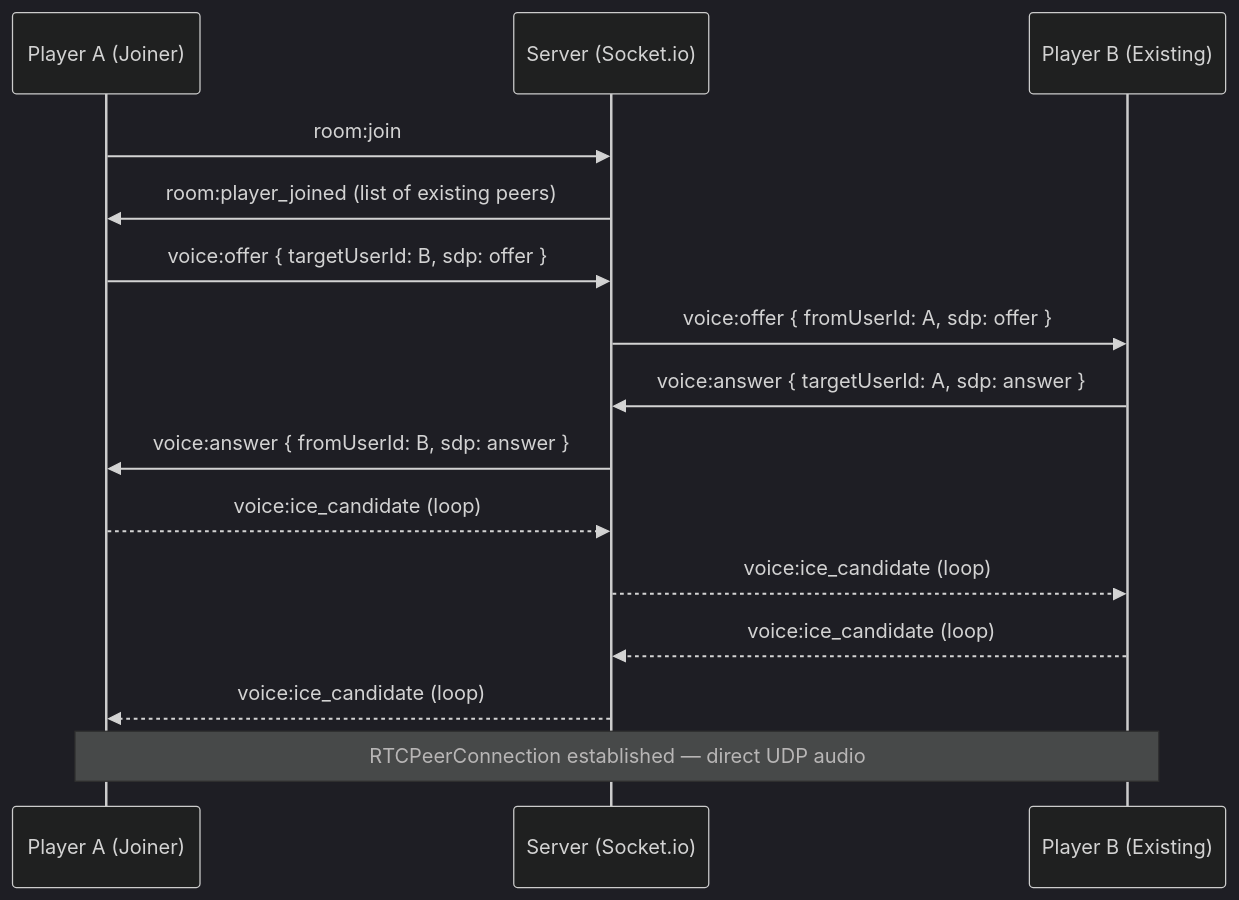
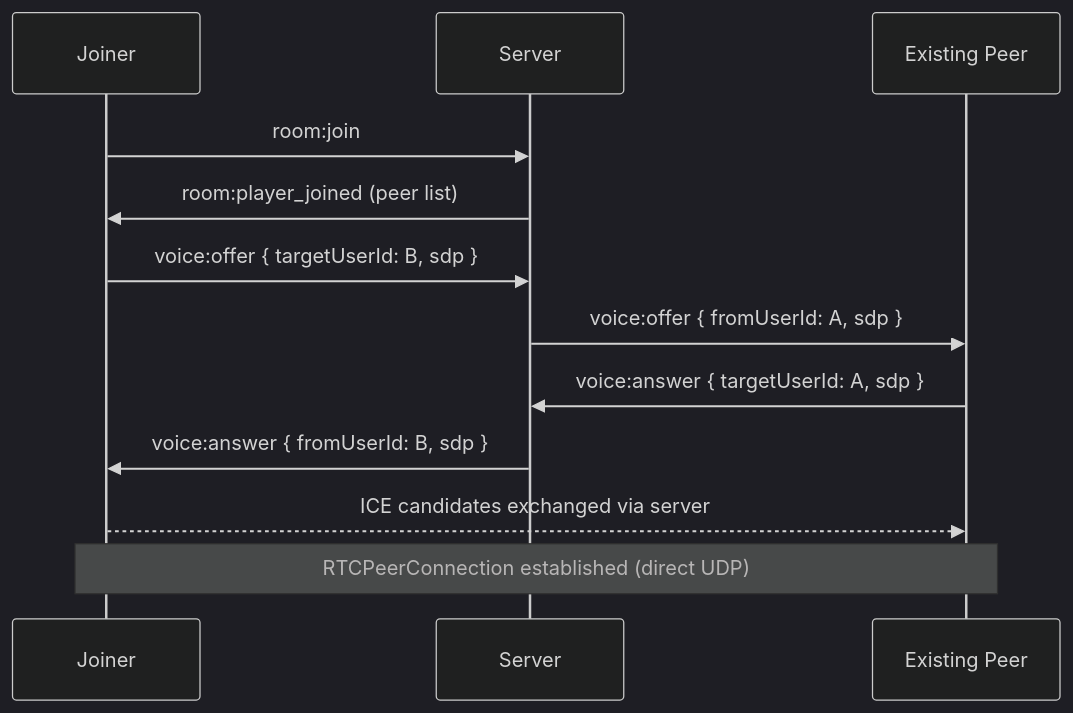
The third of 3 diagrams in DESIGN_DOCUMENT.md (AkhtarShadab/BridgeOnlineNEXTJS), drawn with Mermaid (dark theme) before and after one commit. The commit also changed other lines of this file, not shown here.

````diff
--- a/DESIGN_DOCUMENT.md
+++ b/DESIGN_DOCUMENT.md
@@ -890,18 +190,14 @@
 ```mermaid
 sequenceDiagram
-    participant A as Player A (Joiner)
-    participant S as Server (Socket.io)
-    participant B as Player B (Existing)
-
+    participant A as Joiner
+    participant S as Server
+    participant B as Existing Peer
     A->>S: room:join
-    S->>A: room:player_joined (list of existing peers)
-    A->>S: voice:offer { targetUserId: B, sdp: offer }
-    S->>B: voice:offer { fromUserId: A, sdp: offer }
-    B->>S: voice:answer { targetUserId: A, sdp: answer }
-    S->>A: voice:answer { fromUserId: B, sdp: answer }
-    A-->>S: voice:ice_candidate (loop)
-    S-->>B: voice:ice_candidate (loop)
-    B-->>S: voice:ice_candidate (loop)
-    S-->>A: voice:ice_candidate (loop)
-    Note over A,B: RTCPeerConnection established — direct UDP audio
+    S->>A: room:player_joined (peer list)
+    A->>S: voice:offer { targetUserId: B, sdp }
+    S->>B: voice:offer { fromUserId: A, sdp }
+    B->>S: voice:answer { targetUserId: A, sdp }
+    S->>A: voice:answer { fromUserId: B, sdp }
+    A-->>B: ICE candidates exchanged via server
+    Note over A,B: RTCPeerConnection established (direct UDP)
 ```
````
